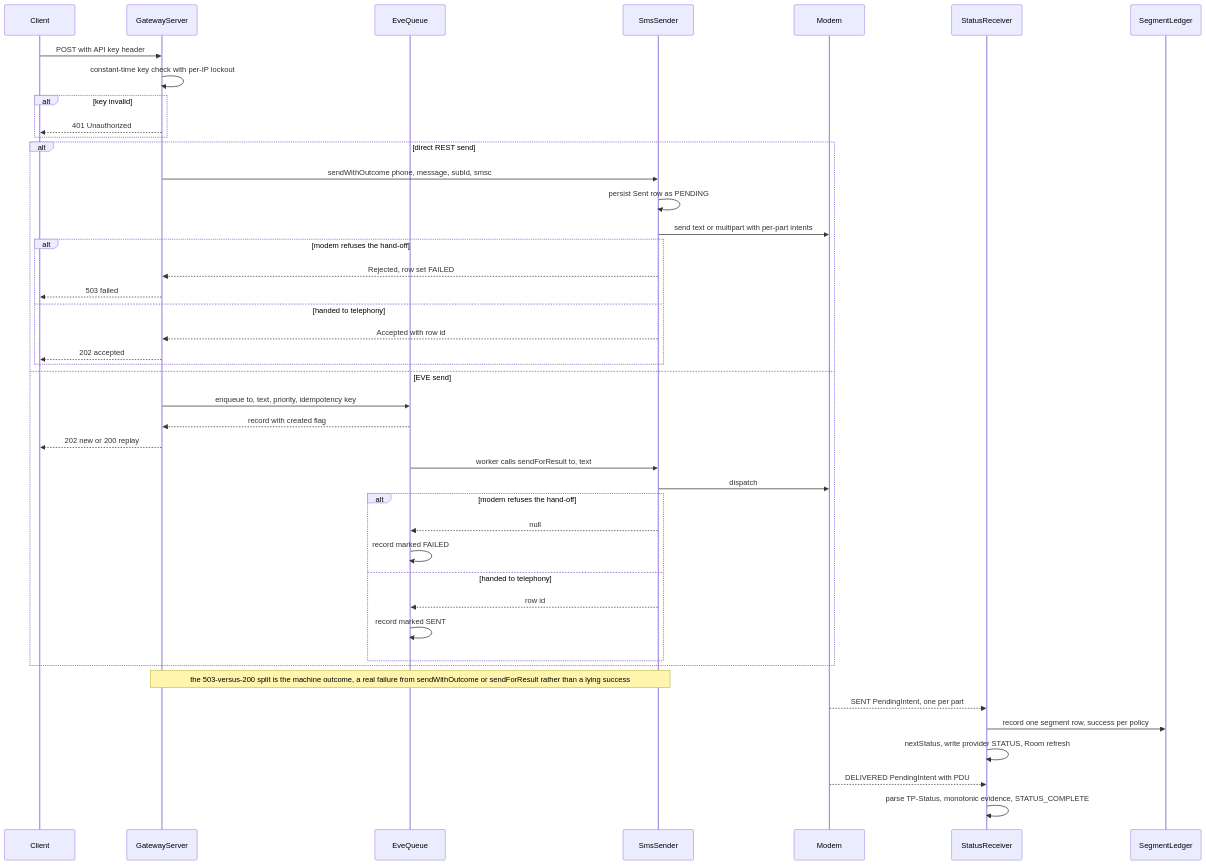
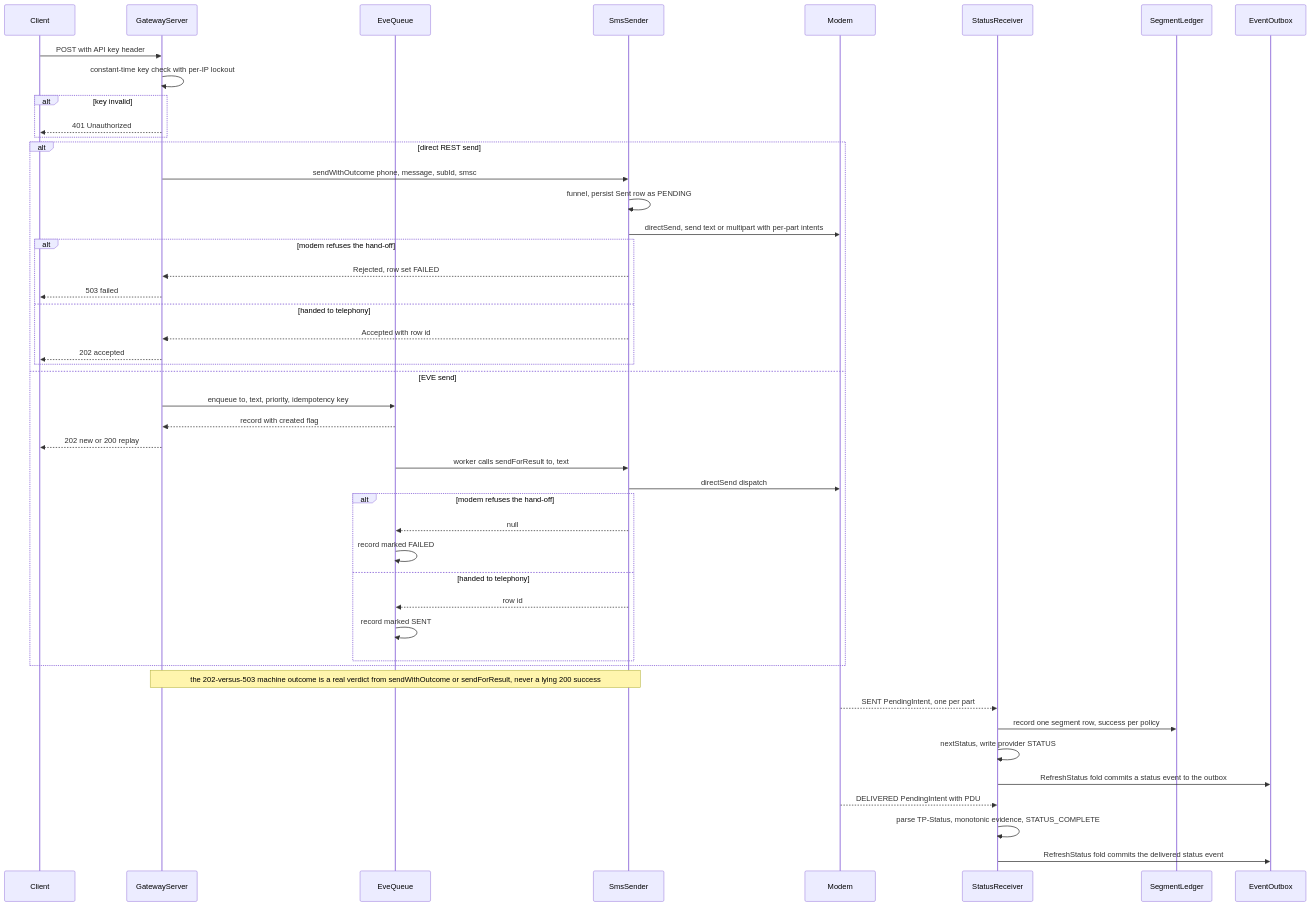
Before and after one commit to aibedini/Messages: the first of 2 diagrams in openwiki/workflows/send-pipeline.md, drawn with Mermaid. The commit also changed other lines of this file and 43 other files, not shown here.

````diff
--- a/openwiki/workflows/send-pipeline.md
+++ b/openwiki/workflows/send-pipeline.md
@@ -135,49 +168,52 @@
 ```mermaid
 sequenceDiagram
     participant C as Client
     participant GS as GatewayServer
     participant Q as EveQueue
     participant SS as SmsSender
     participant T as Modem
     participant R as StatusReceiver
     participant L as SegmentLedger
+    participant O as EventOutbox
 
     C->>GS: POST with API key header
     GS->>GS: constant-time key check with per-IP lockout
     alt key invalid
         GS-->>C: 401 Unauthorized
     end
 
     alt direct REST send
         GS->>SS: sendWithOutcome phone, message, subId, smsc
-        SS->>SS: persist Sent row as PENDING
-        SS->>T: send text or multipart with per-part intents
+        SS->>SS: funnel, persist Sent row as PENDING
+        SS->>T: directSend, send text or multipart with per-part intents
         alt modem refuses the hand-off
             SS-->>GS: Rejected, row set FAILED
             GS-->>C: 503 failed
         else handed to telephony
             SS-->>GS: Accepted with row id
             GS-->>C: 202 accepted
         end
     else EVE send
         GS->>Q: enqueue to, text, priority, idempotency key
         Q-->>GS: record with created flag
         GS-->>C: 202 new or 200 replay
         Q->>SS: worker calls sendForResult to, text
-        SS->>T: dispatch
+        SS->>T: directSend dispatch
         alt modem refuses the hand-off
             SS-->>Q: null
             Q->>Q: record marked FAILED
         else handed to telephony
             SS-->>Q: row id
             Q->>Q: record marked SENT
         end
     end
 
-    note over GS,SS: the 503-versus-200 split is the machine outcome, a real failure from sendWithOutcome or sendForResult rather than a lying success
+    note over GS,SS: the 202-versus-503 machine outcome is a real verdict from sendWithOutcome or sendForResult, never a lying 200 success
     T-->>R: SENT PendingIntent, one per part
     R->>L: record one segment row, success per policy
-    R->>R: nextStatus, write provider STATUS, Room refresh
+    R->>R: nextStatus, write provider STATUS
+    R->>O: RefreshStatus fold commits a status event to the outbox
     T-->>R: DELIVERED PendingIntent with PDU
     R->>R: parse TP-Status, monotonic evidence, STATUS_COMPLETE
+    R->>O: RefreshStatus fold commits the delivered status event
 ```
````
